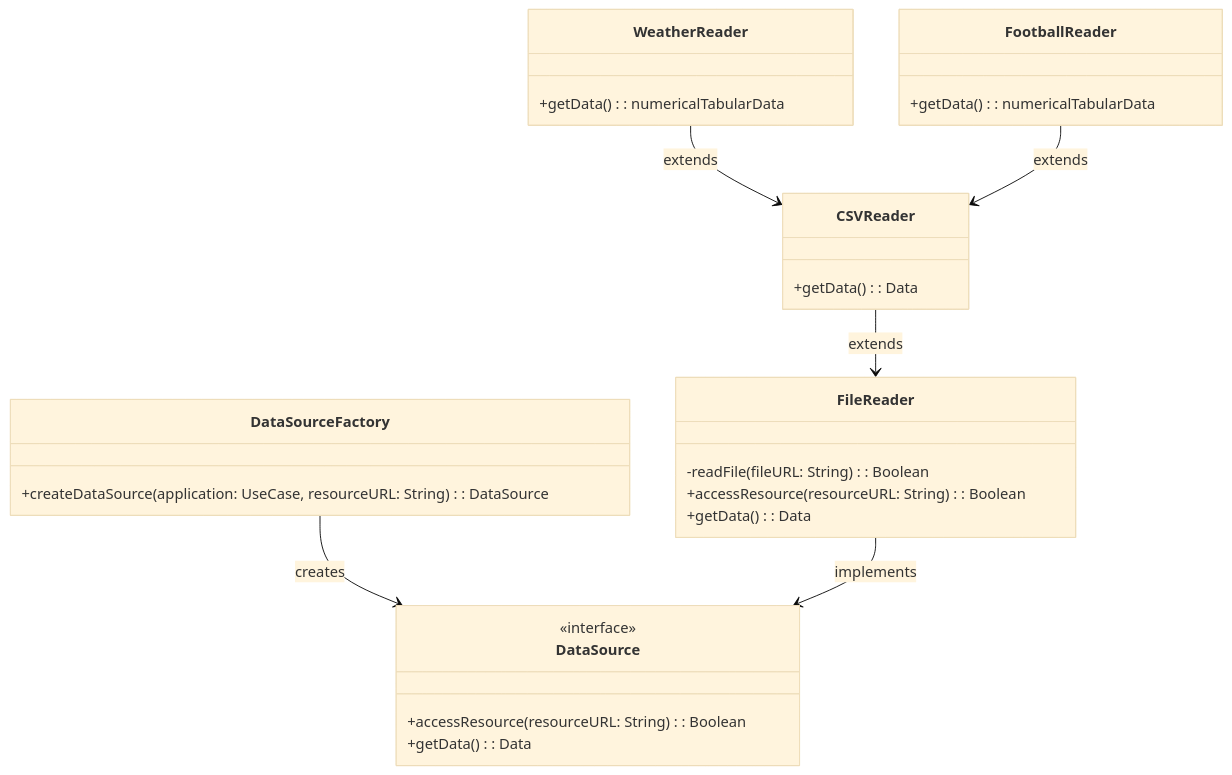
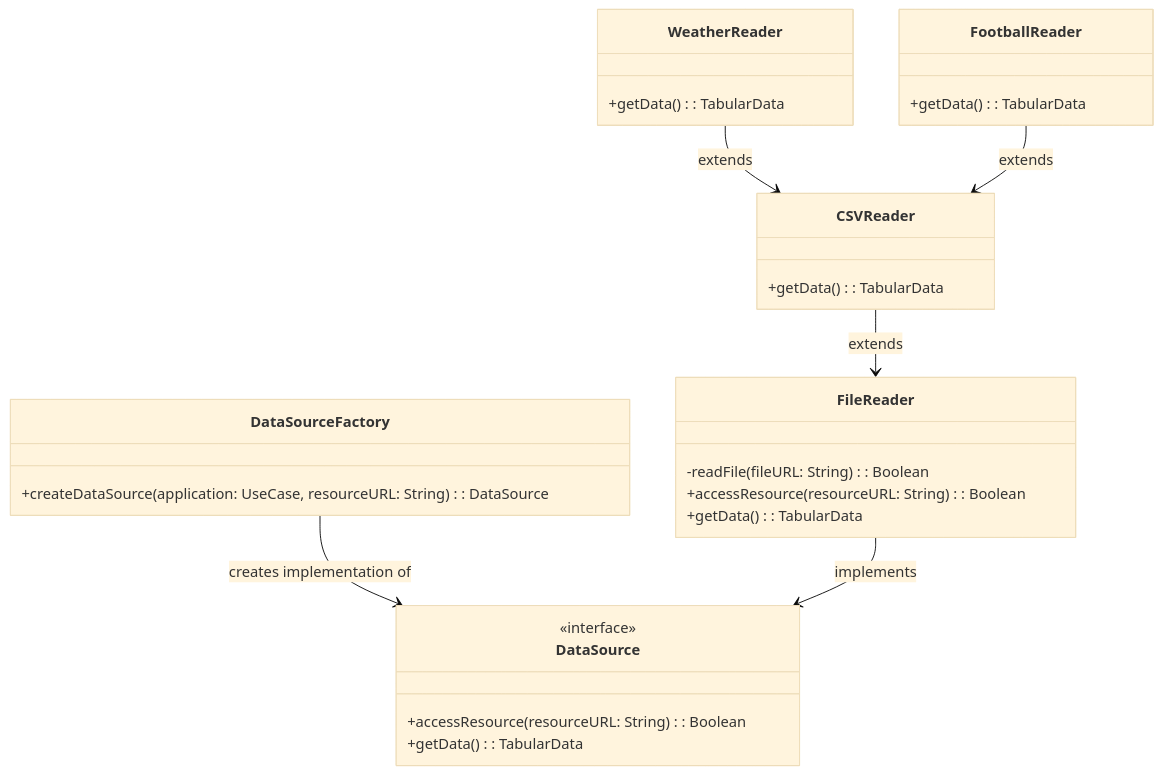
One commit to rklasen/programming-challenge changed the third of 6 diagrams in README-Solution.md. Above: the diagram before and after it, drawn with Mermaid (base theme). The commit also changed other lines of this file, not shown here.

Commit message:
refined the structure. there is now only TabularData, no other data type.

````diff
--- a/README-Solution.md
+++ b/README-Solution.md
@@ -41,38 +41,38 @@
 ```mermaid
 classDiagram
 
     class DataSource  {
         <<interface>>
           +accessResource(resourceURL: String): Boolean
-          +getData(): Data
+          +getData(): TabularData
     }
 
     class DataSourceFactory {
         +createDataSource(application: UseCase, resourceURL: String): DataSource
     }
 
     class FileReader  {
         -readFile(fileURL: String): Boolean
         +accessResource(resourceURL: String): Boolean
-        +getData(): Data
+        +getData(): TabularData
     }
 
     class CSVReader {
-        +getData(): Data
+        +getData(): TabularData
     }
 
     class WeatherReader {
-        +getData(): numericalTabularData
+        +getData(): TabularData
     }
 
     class FootballReader {
-        +getData(): numericalTabularData
+        +getData(): TabularData
     }
 
-    DataSourceFactory --> DataSource : creates
+    DataSourceFactory --> DataSource : creates implementation of
     WeatherReader --> CSVReader : extends
     FootballReader --> CSVReader : extends
     CSVReader  --> FileReader : extends
     FileReader --> DataSource : implements
 
 ```
````
